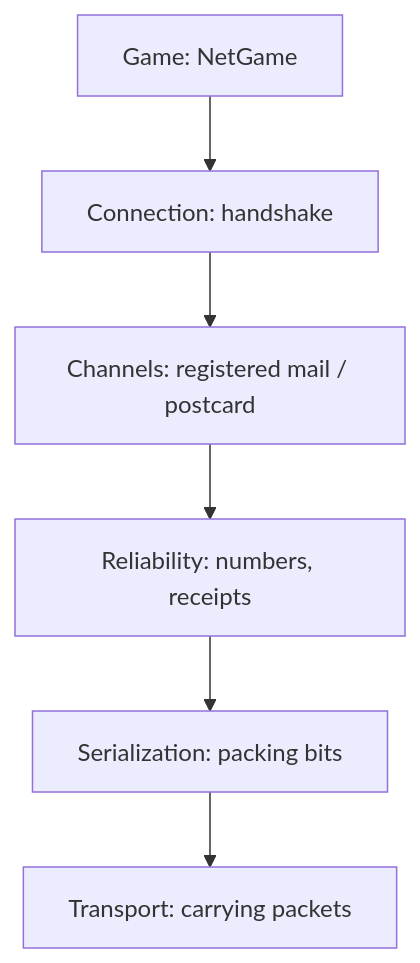
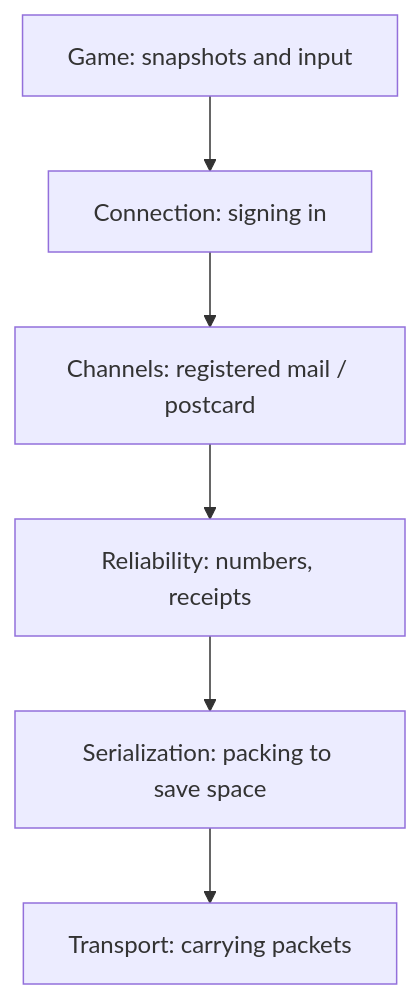
Before and after one commit to ChristianHohlfeld/kernengine.de: the diagram in kern/docs/book-green/10-networking.md, drawn with Mermaid. The commit also changed other lines of this file and 22 other files, not shown here.

````diff
--- a/kern/docs/book-green/10-networking.md
+++ b/kern/docs/book-green/10-networking.md
@@ -27,8 +49,9 @@
 ```mermaid
+%% Caption: The stages of sending, from the game down to the courier
 flowchart TB
-  S[Game: NetGame] --> V[Connection: handshake]
+  S[Game: snapshots and input] --> V[Connection: signing in]
   V --> K[Channels: registered mail / postcard]
   K --> Z[Reliability: numbers, receipts]
-  Z --> SE[Serialization: packing bits]
+  Z --> SE[Serialization: packing to save space]
   SE --> T[Transport: carrying packets]
 ```
````
